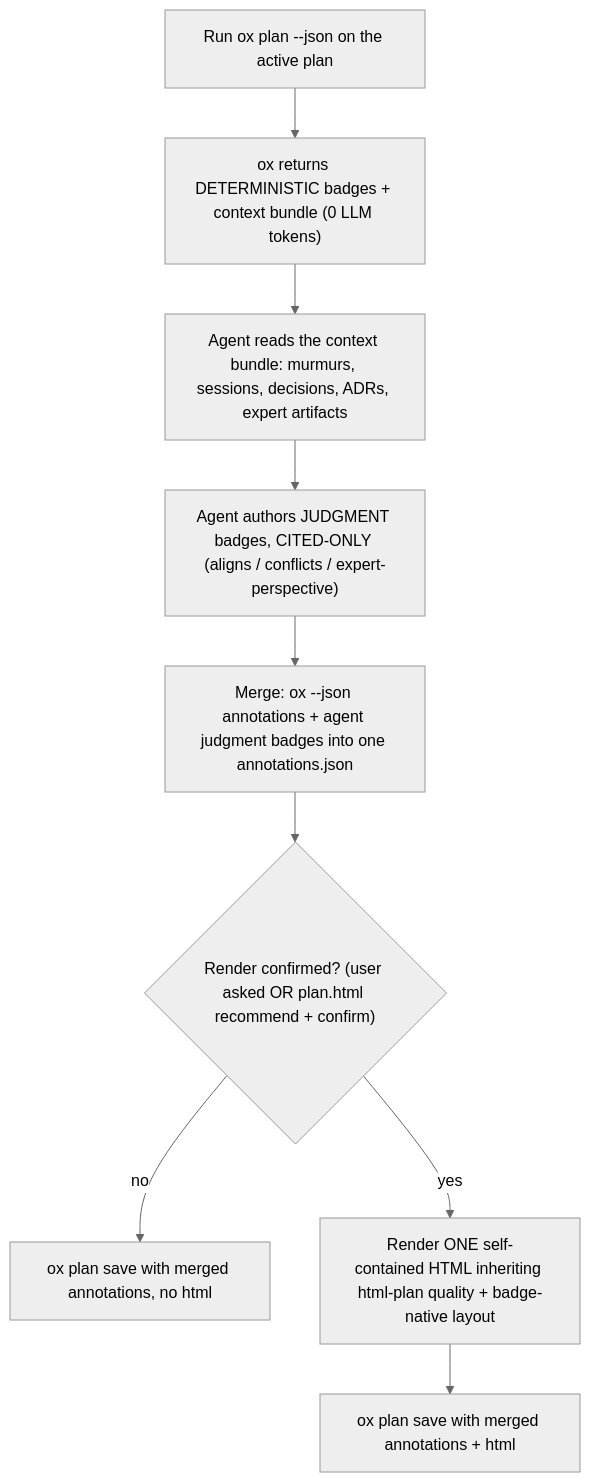
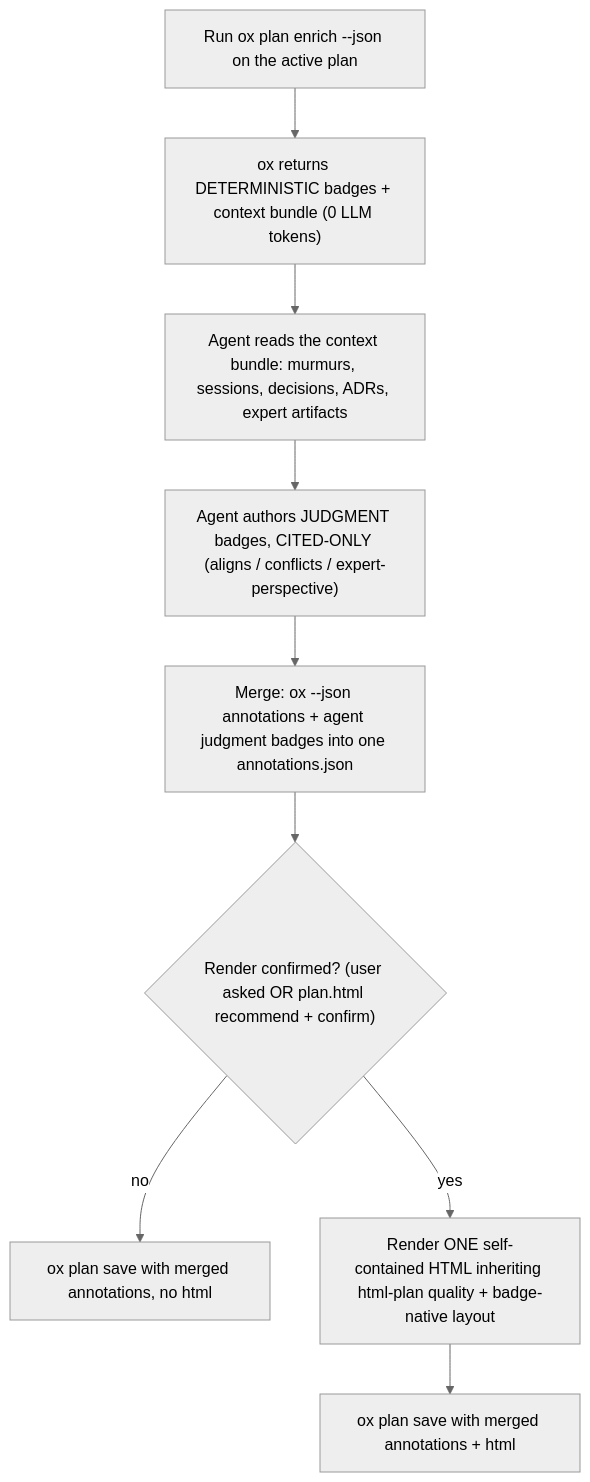
One commit to aditeya08varma/ox changed the diagram in extensions/claude/commands/ox-plan.md. Above: the diagram before and after it, drawn with Mermaid (neutral theme). The commit also changed other lines of this file and 75 other files, not shown here.

````diff
--- a/extensions/claude/commands/ox-plan.md
+++ b/extensions/claude/commands/ox-plan.md
@@ -16,11 +16,11 @@
 ```mermaid
 flowchart TB
-  RUN["Run ox plan --json on the active plan"] --> DET["ox returns DETERMINISTIC badges + context bundle (0 LLM tokens)"]
+  RUN["Run ox plan enrich --json on the active plan"] --> DET["ox returns DETERMINISTIC badges + context bundle (0 LLM tokens)"]
   DET --> READ["Agent reads the context bundle: murmurs, sessions, decisions, ADRs, expert artifacts"]
   READ --> JUDGE["Agent authors JUDGMENT badges, CITED-ONLY (aligns / conflicts / expert-perspective)"]
   JUDGE --> MERGE["Merge: ox --json annotations + agent judgment badges into one annotations.json"]
   MERGE --> GATE{"Render confirmed? (user asked OR plan.html recommend + confirm)"}
   GATE -->|"no"| SAVEMD["ox plan save with merged annotations, no html"]
   GATE -->|"yes"| HTML["Render ONE self-contained HTML inheriting html-plan quality + badge-native layout"]
   HTML --> SAVEHTML["ox plan save with merged annotations + html"]
 ```
````
